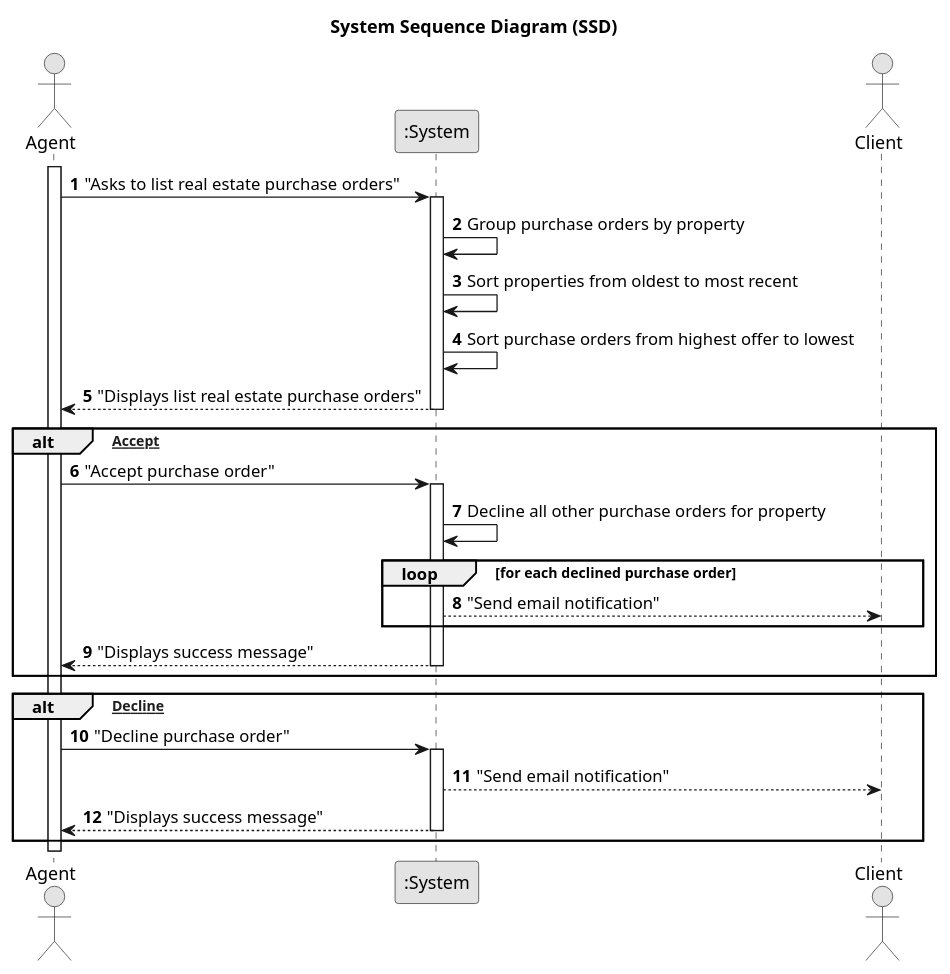
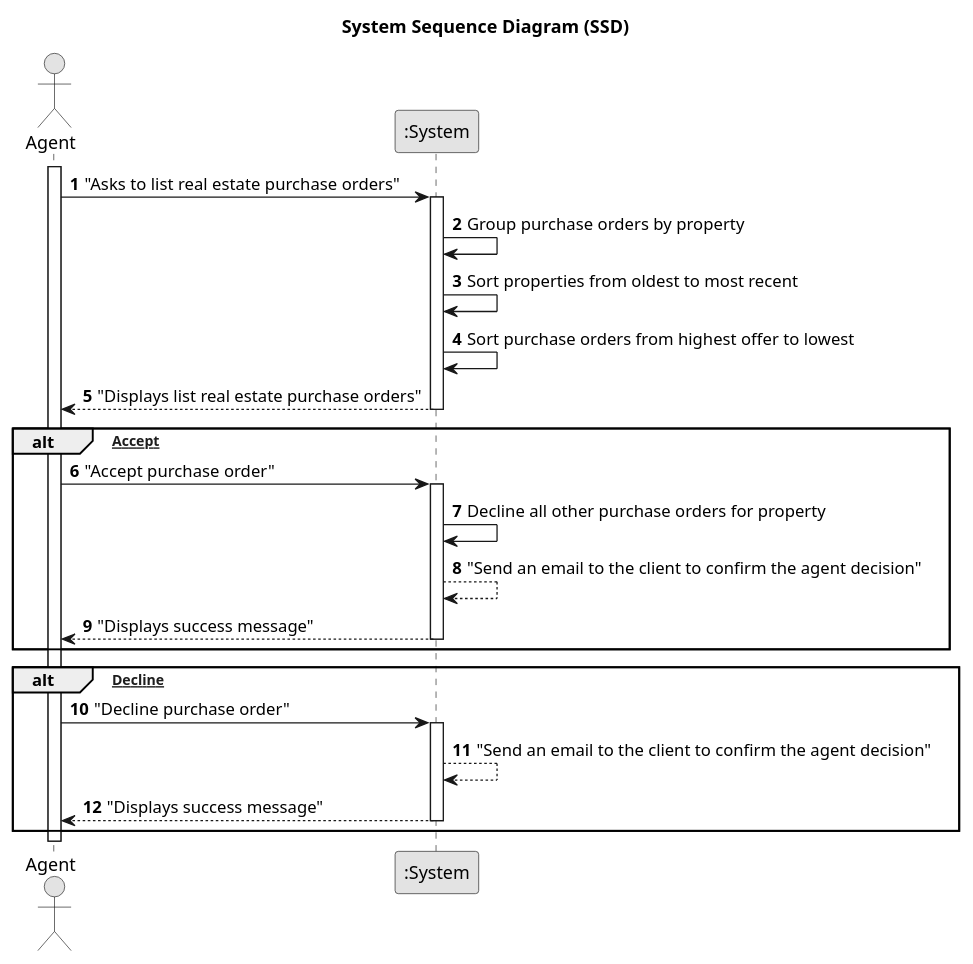
Before and after one commit to hugosilva2901/lei-22-s2-1DO-g68: the diagram in lei-22-s2-1do-g68/docs/SprintC/us011/01.requirements-engineering/puml/us011 - System-Sequence-Diagram.puml, drawn with PlantUML. The commit also changed 4 other files, not shown here.

Commit message:
US011 sequence diagram (requirements-engineering) and sequence diagram split

```diff
--- a/lei-22-s2-1do-g68/docs/SprintC/us011/01.requirements-engineering/puml/us011 - System-Sequence-Diagram.puml
+++ b/lei-22-s2-1do-g68/docs/SprintC/us011/01.requirements-engineering/puml/us011 - System-Sequence-Diagram.puml
@@ -1,52 +1,58 @@
 @startuml
 skinparam monochrome true
 skinparam packageStyle rectangle
 skinparam shadowing false
 
 title System Sequence Diagram (SSD)
 
 autonumber
 
 actor "Agent" as ag
 participant ":System" as System
-actor "Client" as cl
 
 activate ag
 
 ag -> System : "Asks to list real estate purchase orders"
 activate System
 
 System -> System: Group purchase orders by property
 System -> System: Sort properties from oldest to most recent
 System -> System: Sort purchase orders from highest offer to lowest
 
 System --> ag : "Displays list real estate purchase orders"
 deactivate System
 
 alt [Accept]
 
 ag -> System : "Accept purchase order"
 activate System
 
 System -> System: Decline all other purchase orders for property
 
-loop for each declined purchase order
-System --> cl : "Send email notification"
-end
+
+
+System --> System : "Send an email to the client to confirm the agent decision"
+
 System --> ag : "Displays success message"
 
 deactivate System
+
+
 end alt
-
 alt [Decline]
 
+
+
 ag -> System : "Decline purchase order"
+
+
 activate System
 
-System --> cl : "Send email notification"
+System --> System : "Send an email to the client to confirm the agent decision"
+
 System --> ag : "Displays success message"
 
 deactivate System
 end alt
 
 @enduml
```
